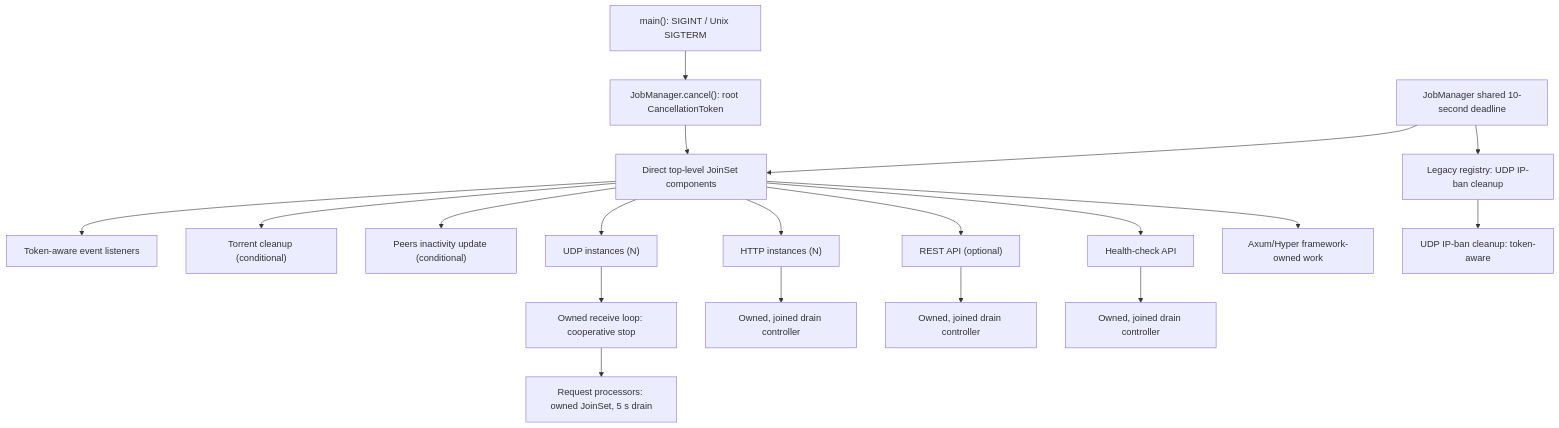
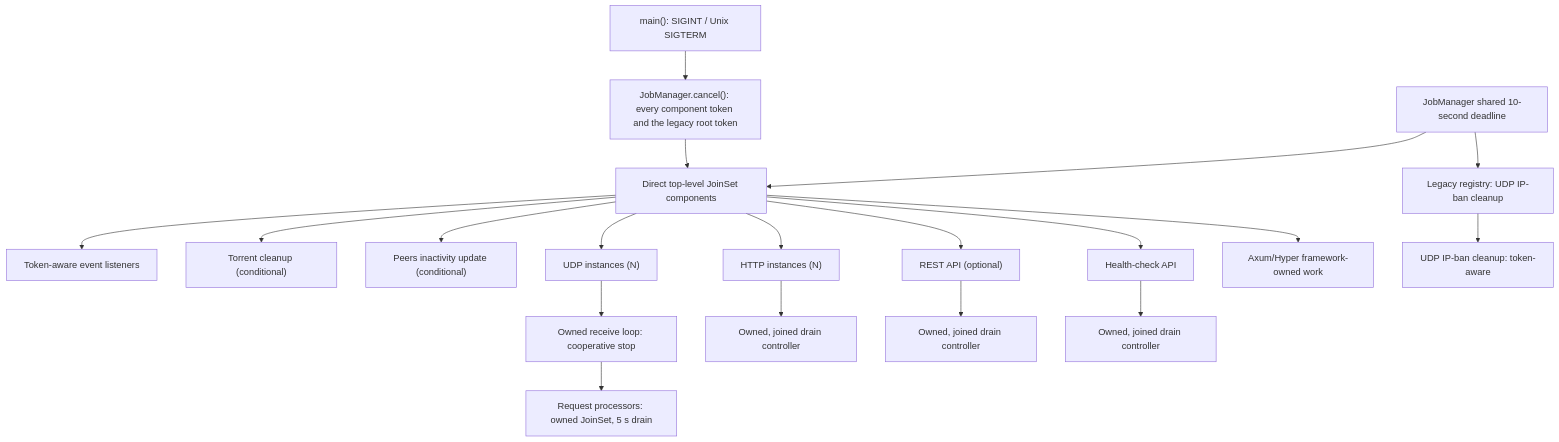
Before and after one commit to torrust/torrust-tracker: the diagram in docs/features/shutdown-process/task-inventory.md, drawn with Mermaid. The commit also changed other lines of this file and 2 other files, not shown here.

First line of the commit message:
docs(architecture): [#2415] describe per-component cancellation tokens

````diff
--- a/docs/features/shutdown-process/task-inventory.md
+++ b/docs/features/shutdown-process/task-inventory.md
@@ -70,21 +73,21 @@
 ```mermaid
 flowchart TD
-    main["main(): SIGINT / Unix SIGTERM"] --> cancel["JobManager.cancel(): root CancellationToken"]
+    main["main(): SIGINT / Unix SIGTERM"] --> cancel["JobManager.cancel(): every component token and the legacy root token"]
     cancel --> direct["Direct top-level JoinSet components"]
     direct --> listeners["Token-aware event listeners"]
     direct --> cleanup["Torrent cleanup (conditional)"]
     direct --> inactivity["Peers inactivity update (conditional)"]
     direct --> udp["UDP instances (N)"]
     udp --> udpLoop["Owned receive loop: cooperative stop"]
     udpLoop --> udpRequests["Request processors: owned JoinSet, 5 s drain"]
     direct --> http["HTTP instances (N)"]
     http --> httpController["Owned, joined drain controller"]
     direct --> rest["REST API (optional)"]
     rest --> restController["Owned, joined drain controller"]
     direct --> health["Health-check API"]
     health --> healthController["Owned, joined drain controller"]
     direct --> framework["Axum/Hyper framework-owned work"]
     manager["JobManager shared 10-second deadline"] --> direct
     manager --> legacy["Legacy registry: UDP IP-ban cleanup"]
     legacy --> ban["UDP IP-ban cleanup: token-aware"]
 ```
````
